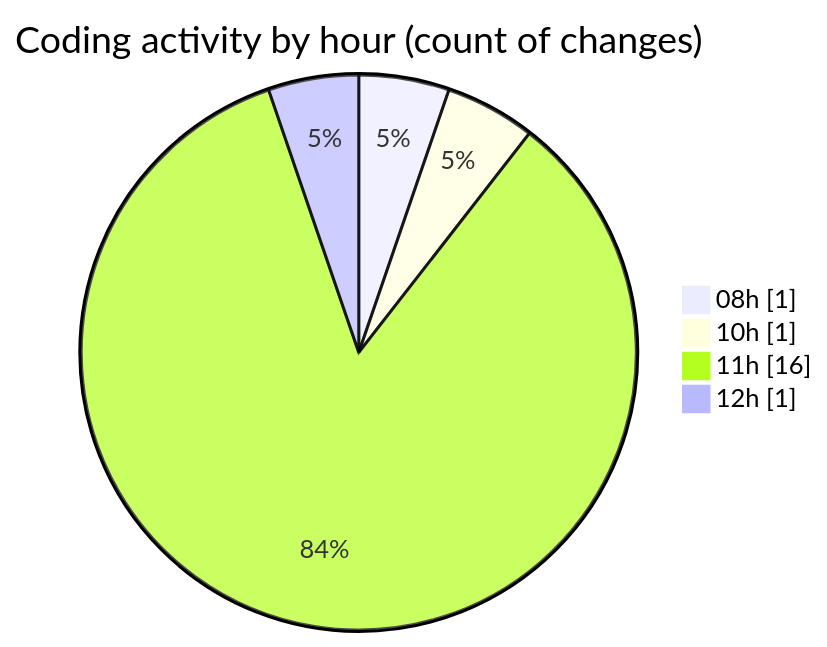
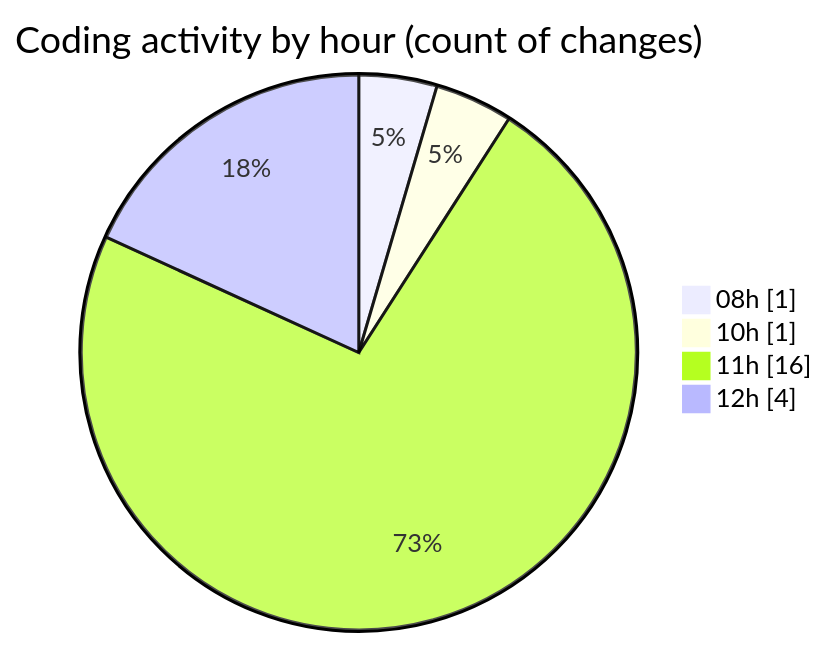
Before and after one commit to ricardozamudiocil/code-tracking: the second of 2 diagrams in 2026-04-07/cilapp/README.md, drawn with Mermaid. The commit also changed other lines of this file and 1 other file, not shown here.

````diff
--- a/2026-04-07/cilapp/README.md
+++ b/2026-04-07/cilapp/README.md
@@ -32,8 +32,8 @@
 ```mermaid
 pie showData
 title Coding activity by hour (count of changes)
 "08h" : 1
 "10h" : 1
 "11h" : 16
-"12h" : 1
+"12h" : 4
 ```
````
